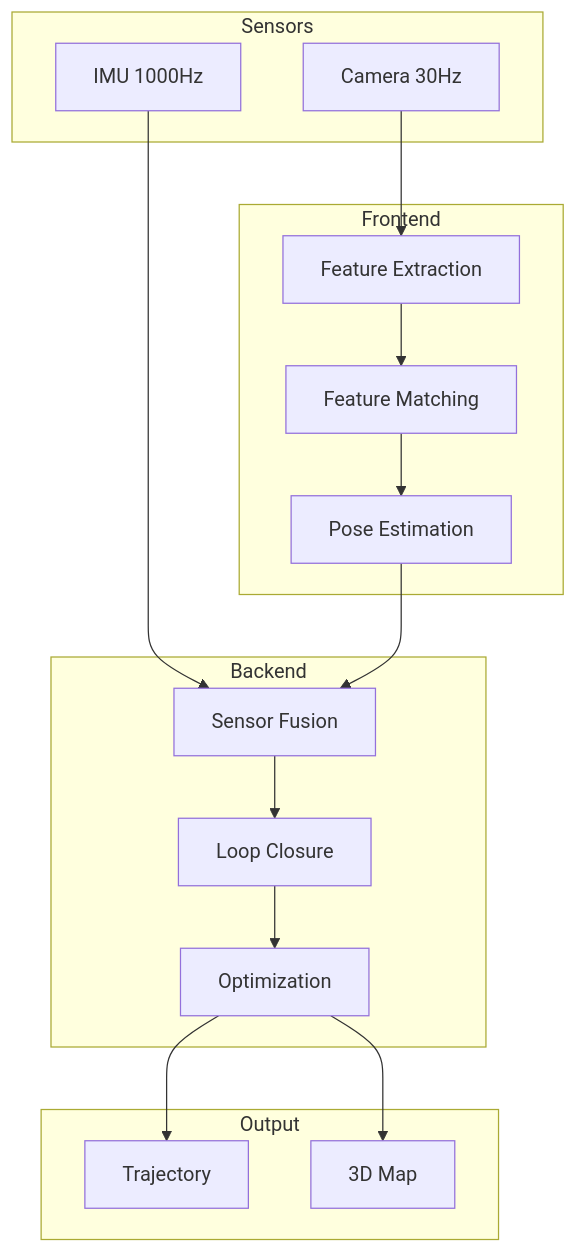
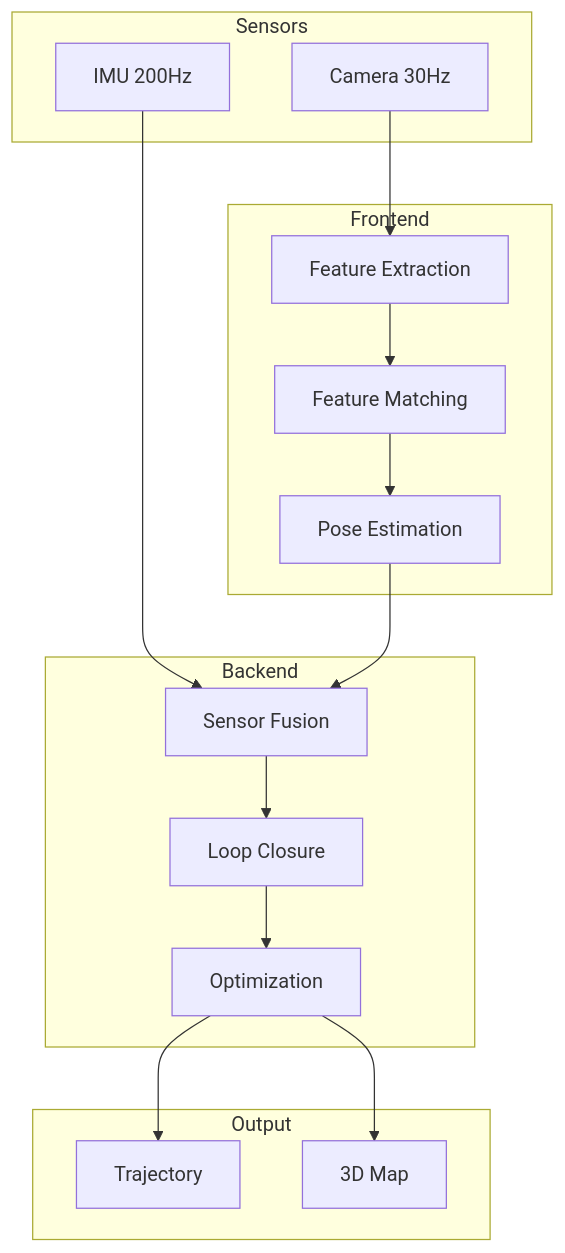
Before and after one commit to robertteleng/aria-slam: the second of 10 diagrams in README.md, drawn with Mermaid. The commit also changed other lines of this file and 5 other files, not shown here.

````diff
--- a/README.md
+++ b/README.md
@@ -77,32 +77,32 @@
 ```mermaid
 flowchart TD
     subgraph Sensors["Sensors"]
         CAM[Camera 30Hz]
-        IMU[IMU 1000Hz]
+        IMU[IMU 200Hz]
     end
 
     subgraph Frontend["Frontend"]
         FE[Feature Extraction]
         FM[Feature Matching]
         PE[Pose Estimation]
     end
 
     subgraph Backend["Backend"]
         SF[Sensor Fusion]
         LC[Loop Closure]
         OPT[Optimization]
     end
 
     subgraph Output["Output"]
         TRAJ[Trajectory]
         MAP[3D Map]
     end
 
     CAM --> FE --> FM --> PE
     IMU --> SF
     PE --> SF
     SF --> LC
     LC --> OPT
     OPT --> TRAJ
     OPT --> MAP
 ```
````
